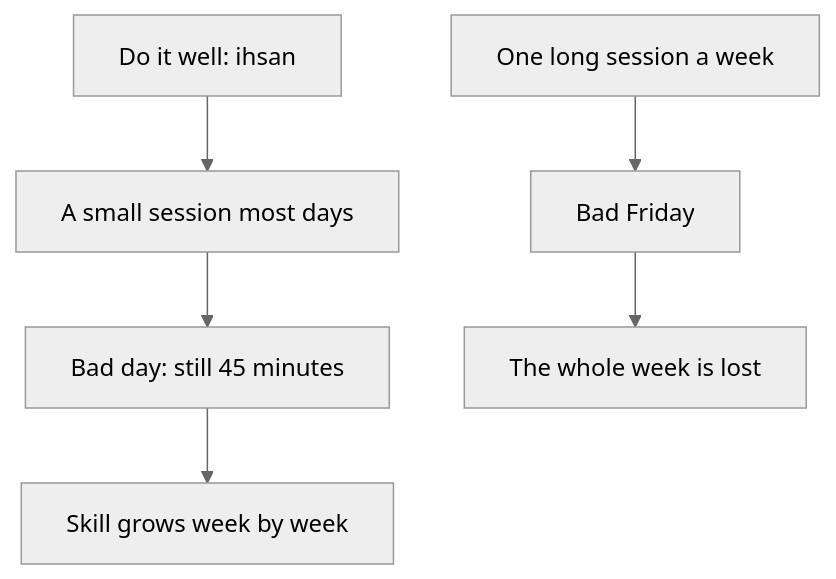
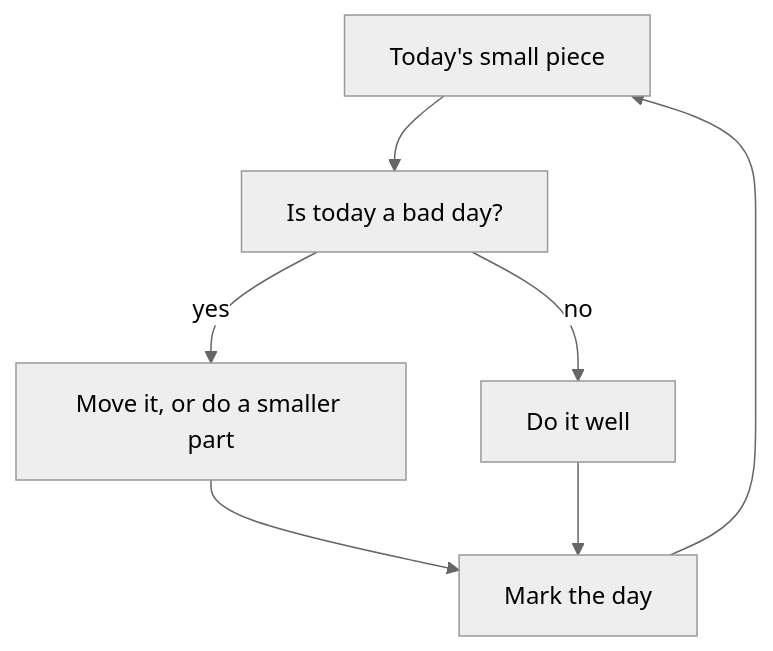
Before and after one commit to Muhammad-AnasKhan/Buildment: the diagram in content/import/faith-and-resilience/06-intention-work-and-starting-again/06.03-good-work-little-and-often.md, drawn with Mermaid (neutral theme). The commit also changed other lines of this file and 23 other files, not shown here.

````diff
--- a/content/import/faith-and-resilience/06-intention-work-and-starting-again/06.03-good-work-little-and-often.md
+++ b/content/import/faith-and-resilience/06-intention-work-and-starting-again/06.03-good-work-little-and-often.md
@@ -89,8 +91,9 @@
 ```mermaid
 flowchart TD
-  A["Do it well: ihsan"] --> B["A small session most days"]
-  B --> C["Bad day: still 45 minutes"]
-  C --> D["Skill grows week by week"]
-  E["One long session a week"] --> F["Bad Friday"]
-  F --> G["The whole week is lost"]
+  A["Today's small piece"] --> B["Is today a bad day?"]
+  B -->|"yes"| C["Move it, or do a smaller part"]
+  B -->|"no"| D["Do it well"]
+  C --> E["Mark the day"]
+  D --> E
+  E --> A
 ```
````
